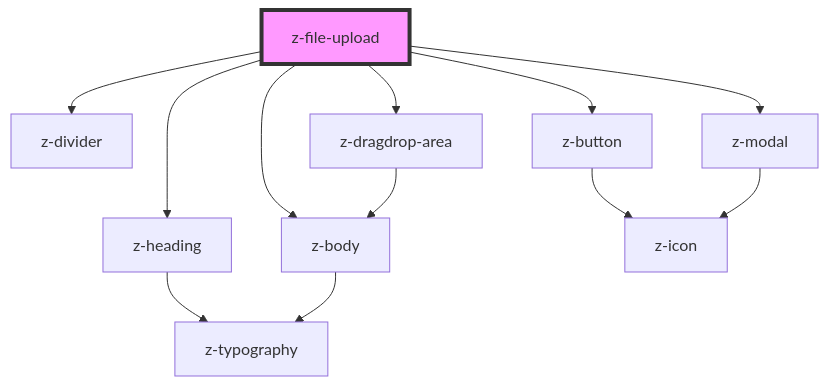
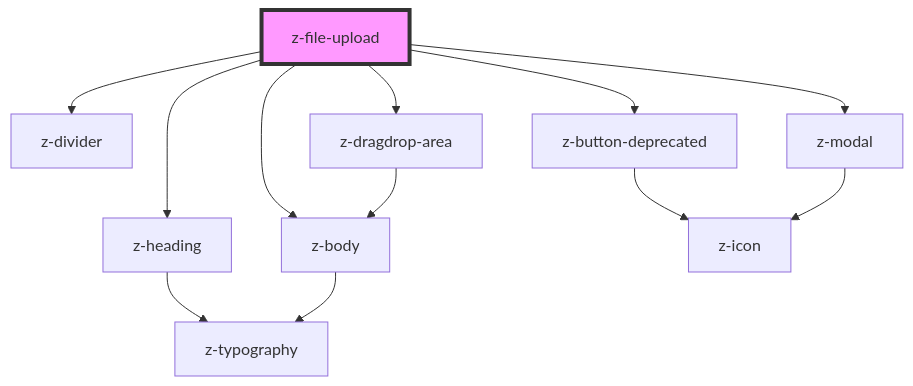
One commit to ZanichelliEditore/design-system changed the diagram in src/components/file-upload/z-file-upload/readme.md. Above: the diagram before and after it, drawn with Mermaid. The commit also changed other lines of this file and 61 other files, not shown here.

Commit message:
chore: use z-button-deprecated

````diff
--- a/src/components/file-upload/z-file-upload/readme.md
+++ b/src/components/file-upload/z-file-upload/readme.md
@@ -39,15 +39,15 @@
 ```mermaid
 graph TD;
   z-file-upload --> z-heading
   z-file-upload --> z-body
   z-file-upload --> z-divider
-  z-file-upload --> z-button
+  z-file-upload --> z-button-deprecated
   z-file-upload --> z-dragdrop-area
   z-file-upload --> z-modal
   z-heading --> z-typography
   z-body --> z-typography
-  z-button --> z-icon
+  z-button-deprecated --> z-icon
   z-dragdrop-area --> z-body
   z-modal --> z-icon
   style z-file-upload fill:#f9f,stroke:#333,stroke-width:4px
 ```
````
